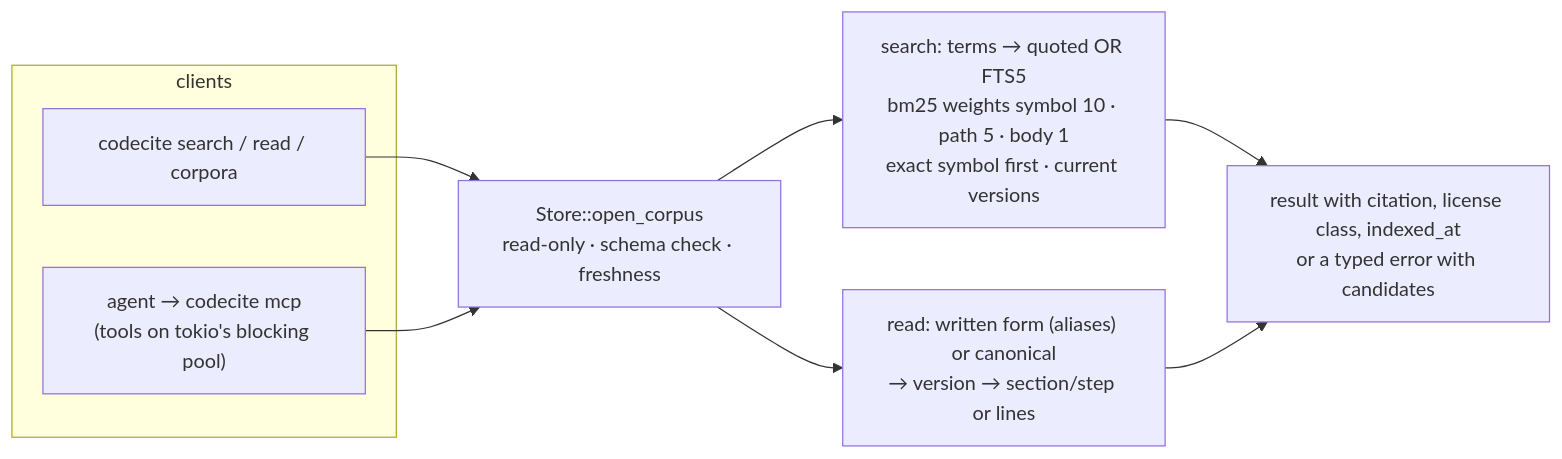
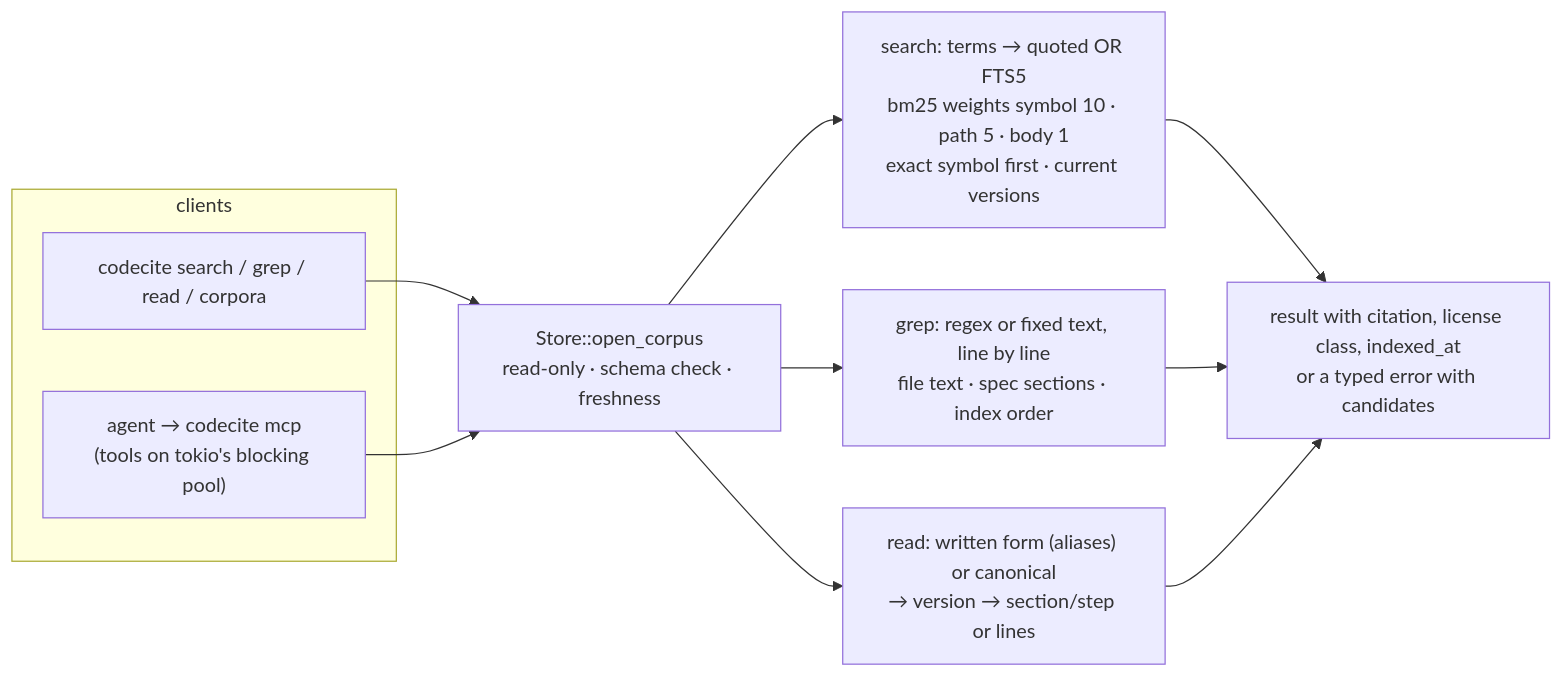
One commit to jamescrowley321/codecite changed the fourth of 5 diagrams in docs/design.md. Above: the diagram before and after it, drawn with Mermaid. The commit also changed other lines of this file and 19 other files, not shown here.

First line of the commit message:
feat(search): add an exact and regex grep over indexed chunks (#137)

````diff
--- a/docs/design.md
+++ b/docs/design.md
@@ -113,11 +113,12 @@
 ```mermaid
 flowchart LR
   subgraph clients
-    cli["codecite search / read / corpora"]
+    cli["codecite search / grep / read / corpora"]
     agent["agent → codecite mcp<br/>(tools on tokio's blocking pool)"]
   end
   cli & agent --> open["Store::open_corpus<br/>read-only · schema check · freshness"]
   open --> search["search: terms → quoted OR FTS5<br/>bm25 weights symbol 10 · path 5 · body 1<br/>exact symbol first · current versions"]
+  open --> grep["grep: regex or fixed text, line by line<br/>file text · spec sections · index order"]
   open --> read["read: written form (aliases) or canonical<br/>→ version → section/step or lines"]
-  search & read --> out["result with citation, license class, indexed_at<br/>or a typed error with candidates"]
+  search & grep & read --> out["result with citation, license class, indexed_at<br/>or a typed error with candidates"]
 ```
````
